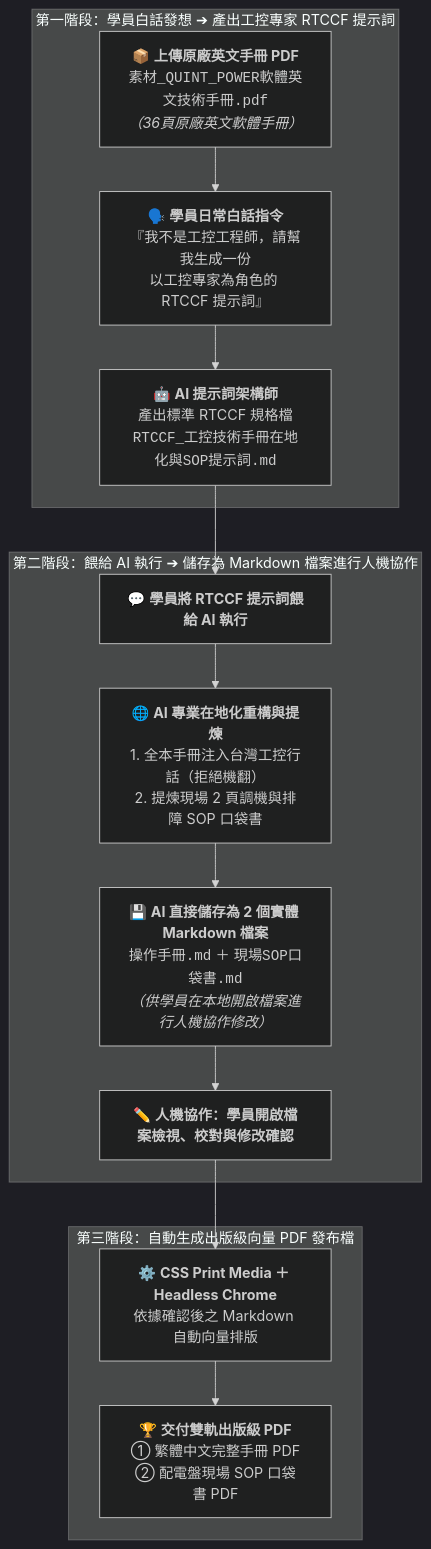
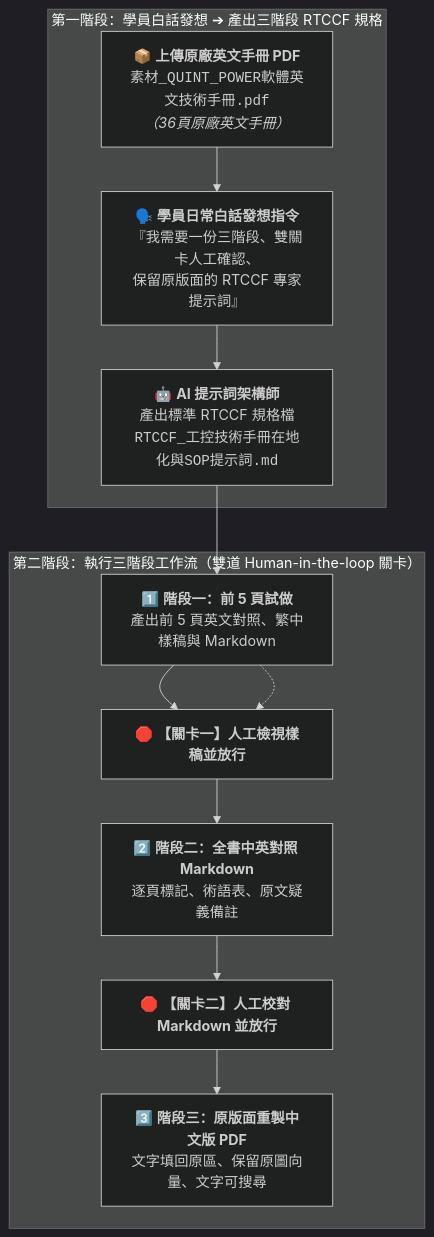
The diagram in 常見的AI應用/實戰範例/工控技術手冊跨國在地化與SOP出版級美化/10-1_白話自然語言發想提示詞.md (roberthsu2003/workflow-productivity), drawn with Mermaid (dark theme) before and after one commit. The commit also changed other lines of this file and 5 other files, not shown here.

````diff
--- a/常見的AI應用/實戰範例/工控技術手冊跨國在地化與SOP出版級美化/10-1_白話自然語言發想提示詞.md
+++ b/常見的AI應用/實戰範例/工控技術手冊跨國在地化與SOP出版級美化/10-1_白話自然語言發想提示詞.md
@@ -15,19 +16,15 @@
 ```mermaid
 flowchart TD
-    subgraph Step1 ["第一階段：學員白話發想 ➔ 產出工控專家 RTCCF 提示詞"]
-        UserFile["📦 <b>上傳原廠英文手冊 PDF</b><br/><code>素材_QUINT_POWER軟體英文技術手冊.pdf</code><br/><i>（36頁原廠英文軟體手冊）</i>"] --> UserChat["🗣️ <b>學員日常白話指令</b><br/>『我不是工控工程師，請幫我生成一份<br/>以工控專家為角色的 RTCCF 提示詞』"]
+    subgraph Step1 ["第一階段：學員白話發想 ➔ 產出三階段 RTCCF 規格"]
+        UserFile["📦 <b>上傳原廠英文手冊 PDF</b><br/><code>素材_QUINT_POWER軟體英文技術手冊.pdf</code><br/><i>（36頁原廠英文手冊）</i>"] --> UserChat["🗣️ <b>學員日常白話發想指令</b><br/>『我需要一份三階段、雙關卡人工確認、<br/>保留原版面的 RTCCF 專家提示詞』"]
         UserChat --> AIGenRTCCF["🤖 <b>AI 提示詞架構師</b><br/>產出標準 RTCCF 規格檔<br/><code>RTCCF_工控技術手冊在地化與SOP提示詞.md</code>"]
     end
 
-    subgraph Step2 ["第二階段：餵給 AI 執行 ➔ 儲存為 Markdown 檔案進行人機協作"]
-        AIGenRTCCF --> FeedAI["💬 <b>學員將 RTCCF 提示詞餵給 AI 執行</b>"]
-        FeedAI --> AutoTranslate["🌐 <b>AI 專業在地化重構與提煉</b><br/>1. 全本手冊注入台灣工控行話（拒絕機翻）<br/>2. 提煉現場 2 頁調機與排障 SOP 口袋書"]
-        AutoTranslate --> OutMD["💾 <b>AI 直接儲存為 2 個實體 Markdown 檔案</b><br/><code>操作手冊.md</code> ＋ <code>現場SOP口袋書.md</code><br/><i>（供學員在本地開啟檔案進行人機協作修改）</i>"]
-        OutMD --> UserConfirm["✏️ <b>人機協作：學員開啟檔案檢視、校對與修改確認</b>"]
-    end
-
-    subgraph Step3 ["第三階段：自動生成出版級向量 PDF 發布檔"]
-        UserConfirm --> GenPDF["⚙️ <b>CSS Print Media ＋ Headless Chrome</b><br/>依據確認後之 Markdown 自動向量排版"]
-        GenPDF --> FinalPDF["🏆 <b>交付雙軌出版級 PDF</b><br/>① 繁體中文完整手冊 PDF<br/>② 配電盤現場 SOP 口袋書 PDF"]
+    subgraph Step2 ["第二階段：執行三階段工作流（雙道 Human-in-the-loop 關卡）"]
+        AIGenRTCCF --> Stage1["1️⃣ <b>階段一：前 5 頁試做</b><br/>產出前 5 頁英文對照、繁中樣稿與 Markdown"]
+        Stage1 --> Gate1["🛑 <b>【關卡一】人工檢視樣稿並放行</b>"]
+        Gate2["🛑 <b>【關卡二】人工校對 Markdown 並放行</b>"]
+        Stage1 -.-> Gate1 --> Stage2["2️⃣ <b>階段二：全書中英對照 Markdown</b><br/>逐頁標記、術語表、原文疑義備註"]
+        Stage2 --> Gate2 --> Stage3["3️⃣ <b>階段三：原版面重製中文版 PDF</b><br/>文字填回原區、保留原圖向量、文字可搜尋"]
     end
 ```
````
